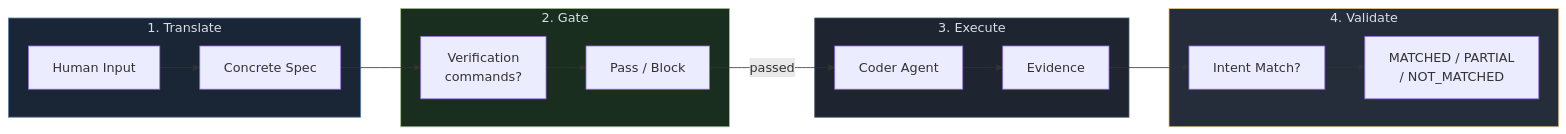
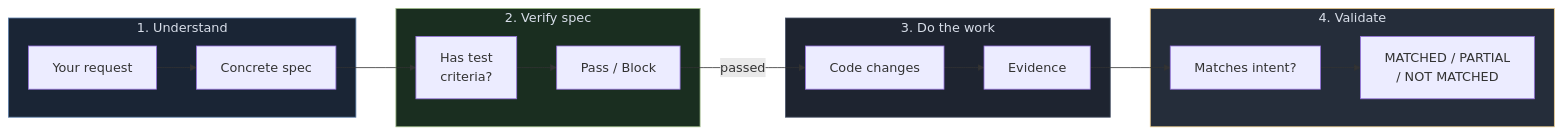
The first of 2 diagrams in docs/index.md (convergent-systems-co/olympus), drawn with Mermaid before and after one commit. The commit also changed other lines of this file and 8 other files, not shown here.

```diff
--- a/docs/index.md
+++ b/docs/index.md
@@ -140,35 +207,35 @@
 <div class="mermaid">
 flowchart LR
-    subgraph Translate["1. Translate"]
-        HI["Human Input"]
-        CS["Concrete Spec"]
+    subgraph Translate["1. Understand"]
+        HI["Your request"]
+        CS["Concrete spec"]
     end
 
-    subgraph Gate["2. Gate"]
-        GC["Verification\ncommands?"]
+    subgraph Gate["2. Verify spec"]
+        GC["Has test\ncriteria?"]
         GR["Pass / Block"]
     end
 
-    subgraph Execute["3. Execute"]
-        EX["Coder Agent"]
+    subgraph Execute["3. Do the work"]
+        EX["Code changes"]
         EV["Evidence"]
     end
 
     subgraph Validate["4. Validate"]
-        VC["Intent Match?"]
-        VR["MATCHED / PARTIAL\n/ NOT_MATCHED"]
+        VC["Matches intent?"]
+        VR["MATCHED / PARTIAL\n/ NOT MATCHED"]
     end
 
     HI --> CS
     CS --> GC
     GC --> GR
     GR -->|passed| EX
     EX --> EV
     EV --> VC
     VC --> VR
 
     style Translate fill:#1a2535,color:#D8DEE9,stroke:#5E81AC
     style Gate fill:#1a2e20,color:#D8DEE9,stroke:#A3BE8C
     style Execute fill:#1e2430,color:#D8DEE9,stroke:#4C566A
     style Validate fill:#252d3a,color:#D8DEE9,stroke:#EBCB8B
 </div>
```
